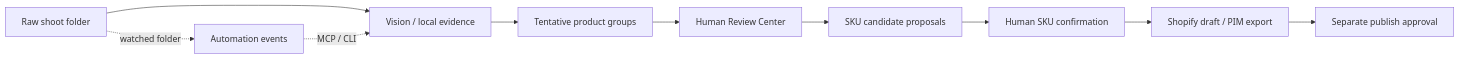
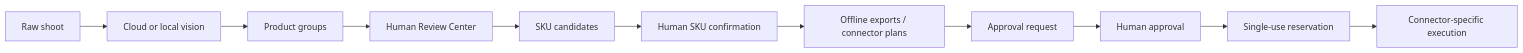
One commit to mhmdwaelanwr/CatalogMesh changed the diagram in README.md. Above: the diagram before and after it, drawn with Mermaid. The commit also changed other lines of this file and 8 other files, not shown here.

First line of the commit message:
feat: unify GUI/CLI automation and polish desktop layout

````diff
--- a/README.md
+++ b/README.md
@@ -66,12 +149,13 @@
 ```mermaid
 flowchart LR
-    A[Raw shoot folder] --> B[Vision / local evidence]
-    B --> C[Tentative product groups]
+    A[Raw shoot] --> B[Cloud or local vision]
+    B --> C[Product groups]
     C --> D[Human Review Center]
-    D --> E[SKU candidate proposals]
+    D --> E[SKU candidates]
     E --> F[Human SKU confirmation]
-    F --> G[Shopify draft / PIM export]
-    G --> H[Separate publish approval]
-    A -. watched folder .-> I[Automation events]
-    I -. MCP / CLI .-> B
+    F --> G[Offline exports / connector plans]
+    G --> H[Approval request]
+    H --> I[Human approval]
+    I --> J[Single-use reservation]
+    J --> K[Connector-specific execution]
 ```
````
